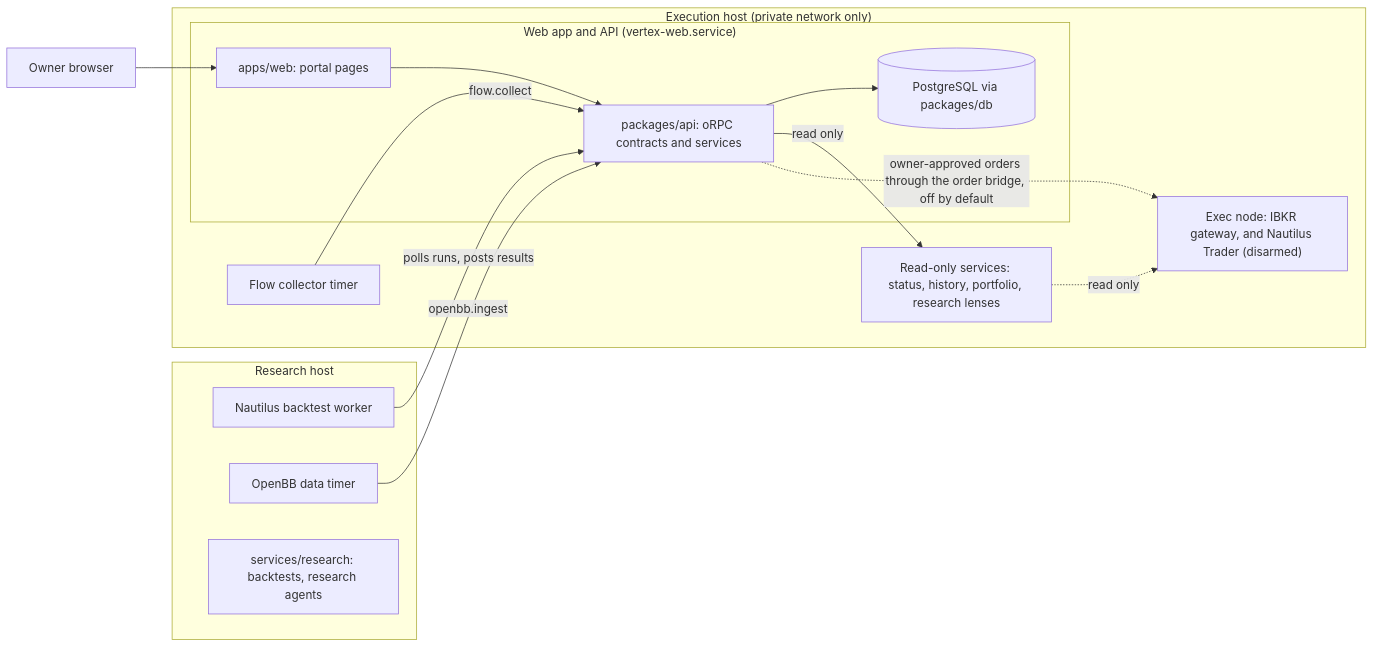
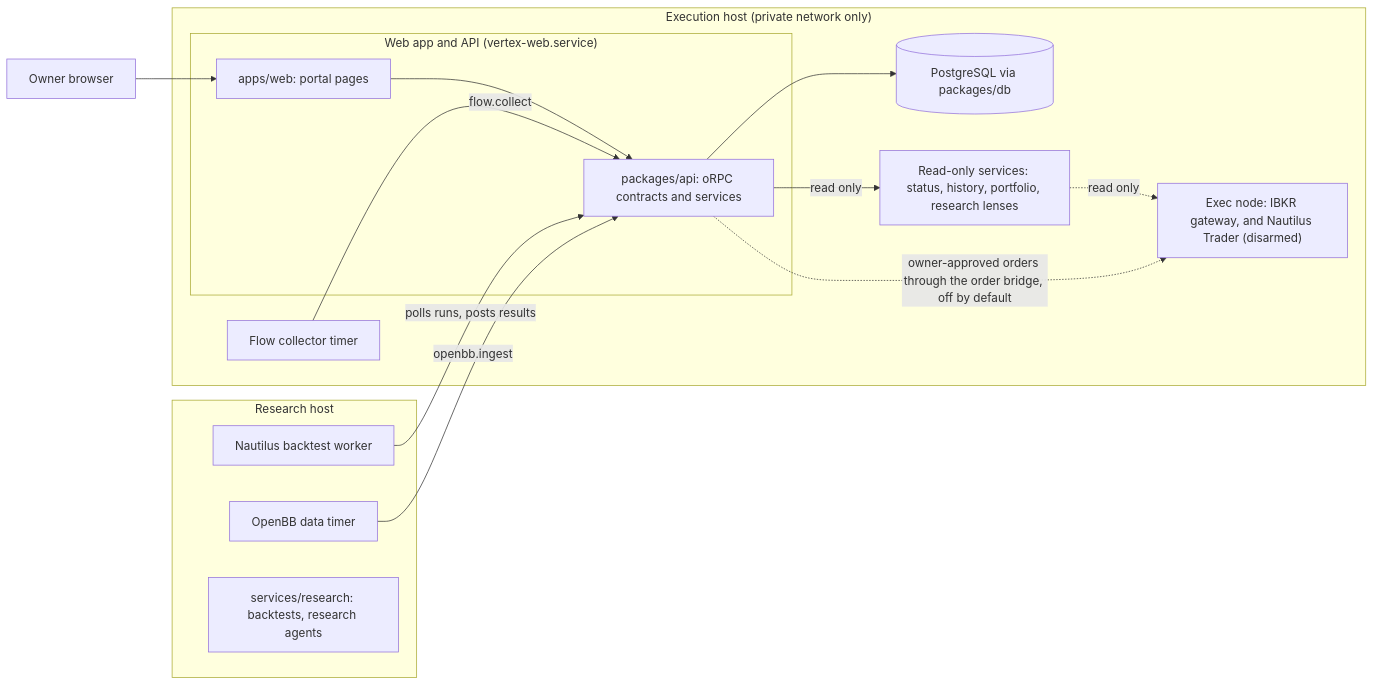
The diagram in README.md (jeffscottward/vertex-research-public), drawn with Mermaid before and after one commit. The commit also changed other lines of this file and 8 other files, not shown here.

````diff
--- a/README.md
+++ b/README.md
@@ -9,26 +9,26 @@
 ```mermaid
 flowchart LR
   owner["Owner browser"]
-  subgraph rig["Research host"]
+  subgraph rhost["Research host"]
     worker["Nautilus backtest worker"]
     openbb["OpenBB data timer"]
     research["services/research: backtests, research agents"]
   end
   subgraph vps["Execution host (private network only)"]
     subgraph app["Web app and API (vertex-web.service)"]
       web["apps/web: portal pages"]
       api["packages/api: oRPC contracts and services"]
-      db[("PostgreSQL via packages/db")]
     end
+    db[("PostgreSQL via packages/db")]
     ro["Read-only services: status, history, portfolio, research lenses"]
     flow["Flow collector timer"]
     exec["Exec node: IBKR gateway, and Nautilus Trader (disarmed)"]
   end
   owner --> web --> api --> db
   worker -->|polls runs, posts results| api
   openbb -->|openbb.ingest| api
   flow -->|flow.collect| api
   api -->|read only| ro
   ro -.->|read only| exec
   api -.->|owner-approved orders through the order bridge, off by default| exec
 ```
````
